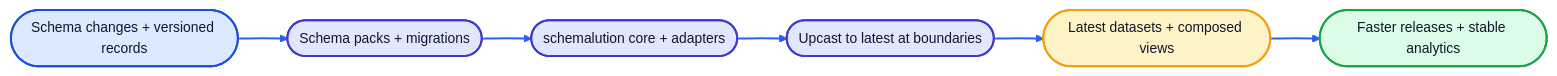
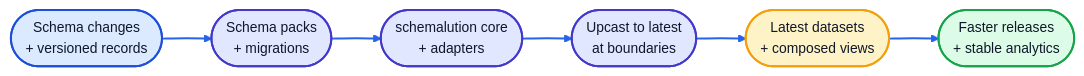
Before and after one commit to cronologi/schemalution: the second of 3 diagrams in README.md, drawn with Mermaid. The commit also changed other lines of this file, not shown here.

````diff
--- a/README.md
+++ b/README.md
@@ -55,21 +55,21 @@
 ```mermaid
 %%{init: {'theme': 'base', 'themeVariables': {'primaryColor': '#E6F4FF', 'primaryTextColor': '#0F172A', 'primaryBorderColor': '#1D4ED8', 'lineColor': '#2563EB', 'secondaryColor': '#F1F5F9', 'tertiaryColor': '#E2E8F0', 'edgeLabelBackground': '#F8FAFC', 'fontFamily': 'Inter, system-ui, sans-serif', 'fontSize': '14px'}}}%%
 flowchart LR
-  A([Schema changes + versioned records]) --> B([Schema packs + migrations])
-  B --> C([schemalution core + adapters])
-  C --> D([Upcast to latest at boundaries])
-  D --> E([Latest datasets + composed views])
-  E --> F([Faster releases + stable analytics])
+  A([Schema changes </br> + versioned records]) --> B([Schema packs </br> + migrations])
+  B --> C([schemalution core </br> + adapters])
+  C --> D([Upcast to latest </br> at boundaries])
+  D --> E([Latest datasets </br> + composed views])
+  E --> F([Faster releases </br> + stable analytics])
 
   classDef input fill:#DBEAFE,stroke:#1D4ED8,stroke-width:2px,color:#0F172A;
   classDef engine fill:#E0E7FF,stroke:#4338CA,stroke-width:2px,color:#0F172A;
   classDef output fill:#FEF3C7,stroke:#F59E0B,stroke-width:2px,color:#0F172A;
   classDef outcome fill:#DCFCE7,stroke:#16A34A,stroke-width:2px,color:#0F172A;
 
   class A input;
   class B,C,D engine;
   class E output;
   class F outcome;
 
   linkStyle default stroke-width:2px;
 ```
````
